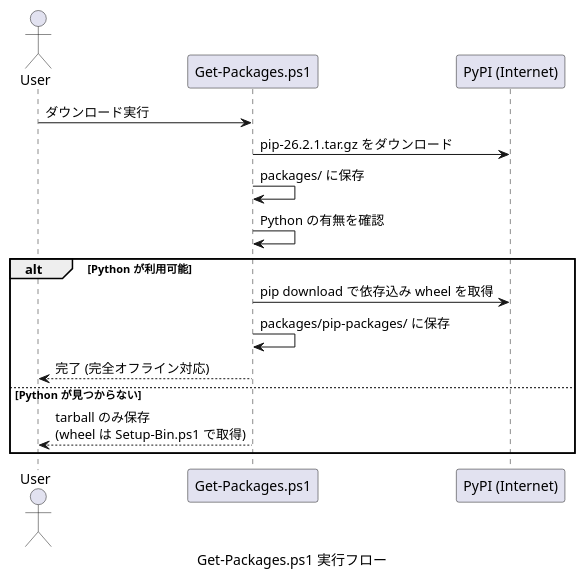
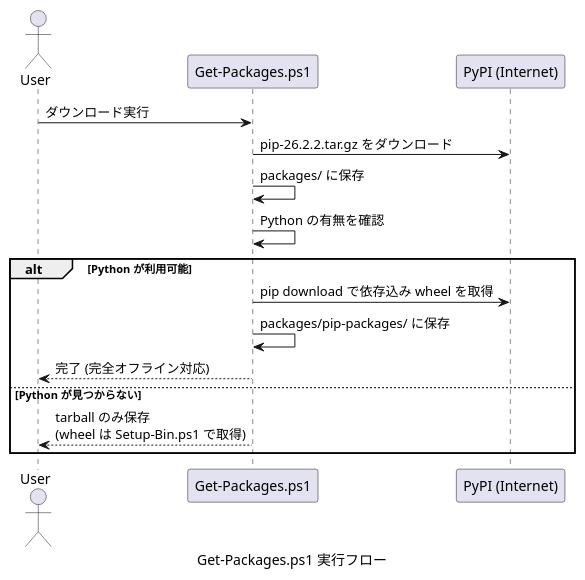
One commit to Hondarer/devbin-win changed the second of 4 diagrams in docs/offline-pip-design.md. Above: the diagram before and after it, drawn with PlantUML. The commit also changed other lines of this file and 8 other files, not shown here.

````diff
--- a/docs/offline-pip-design.md
+++ b/docs/offline-pip-design.md
@@ -107,21 +107,21 @@
 ```plantuml
 @startuml Get-Packages.ps1 実行フロー
 caption Get-Packages.ps1 実行フロー
 actor User
 participant "Get-Packages.ps1" as GetPkg
 participant "PyPI (Internet)" as PyPI
 
 User -> GetPkg: ダウンロード実行
-GetPkg -> PyPI: pip-26.2.1.tar.gz をダウンロード
+GetPkg -> PyPI: pip-26.2.2.tar.gz をダウンロード
 GetPkg -> GetPkg: packages/ に保存
 GetPkg -> GetPkg: Python の有無を確認
 
 alt Python が利用可能
     GetPkg -> PyPI: pip download で依存込み wheel を取得
     GetPkg -> GetPkg: packages/pip-packages/ に保存
     GetPkg --> User: 完了 (完全オフライン対応)
 else Python が見つからない
     GetPkg --> User: tarball のみ保存\n(wheel は Setup-Bin.ps1 で取得)
 end
 @enduml
 ```
````
